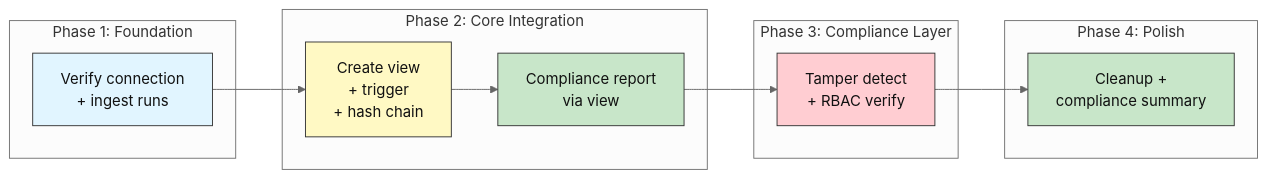
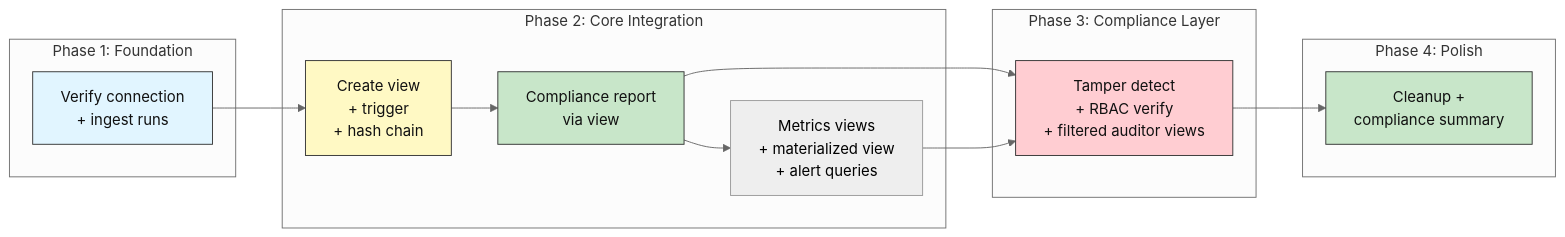
One commit to CogKnowEdge-Solutions/Context-Memory-Layer changed the second of 3 diagrams in Audit-DB-Labs/Lab 8 - Capstone Project - Agent Audit and Compliance Platform/lab-capstone-project.md. Above: the diagram before and after it, drawn with Mermaid (neutral theme). The commit also changed other lines of this file and 32 other files, not shown here.

````diff
--- a/Audit-DB-Labs/Lab 8 - Capstone Project - Agent Audit and Compliance Platform/lab-capstone-project.md
+++ b/Audit-DB-Labs/Lab 8 - Capstone Project - Agent Audit and Compliance Platform/lab-capstone-project.md
@@ -273,22 +292,25 @@
 ```mermaid
 flowchart LR
     subgraph "Phase 1: Foundation"
         P1["Verify connection\n+ ingest runs"]
     end
     subgraph "Phase 2: Core Integration"
         P2["Create view\n+ trigger\n+ hash chain"]
         P3["Compliance report\nvia view"]
+        P6["Metrics views\n+ materialized view\n+ alert queries"]
     end
     subgraph "Phase 3: Compliance Layer"
-        P4["Tamper detect\n+ RBAC verify"]
+        P4["Tamper detect\n+ RBAC verify\n+ filtered auditor views"]
     end
     subgraph "Phase 4: Polish"
         P5["Cleanup +\ncompliance summary"]
     end
     P1 --> P2 --> P3 --> P4 --> P5
+    P3 --> P6
+    P6 --> P4
     style P1 fill:#e1f5ff,stroke:#333,color:#111
     style P2 fill:#fff9c4,stroke:#333,color:#111
     style P3 fill:#c8e6c9,stroke:#333,color:#111
     style P4 fill:#ffcdd2,stroke:#333,color:#111
     style P5 fill:#c8e6c9,stroke:#333,color:#111
 ```
````
